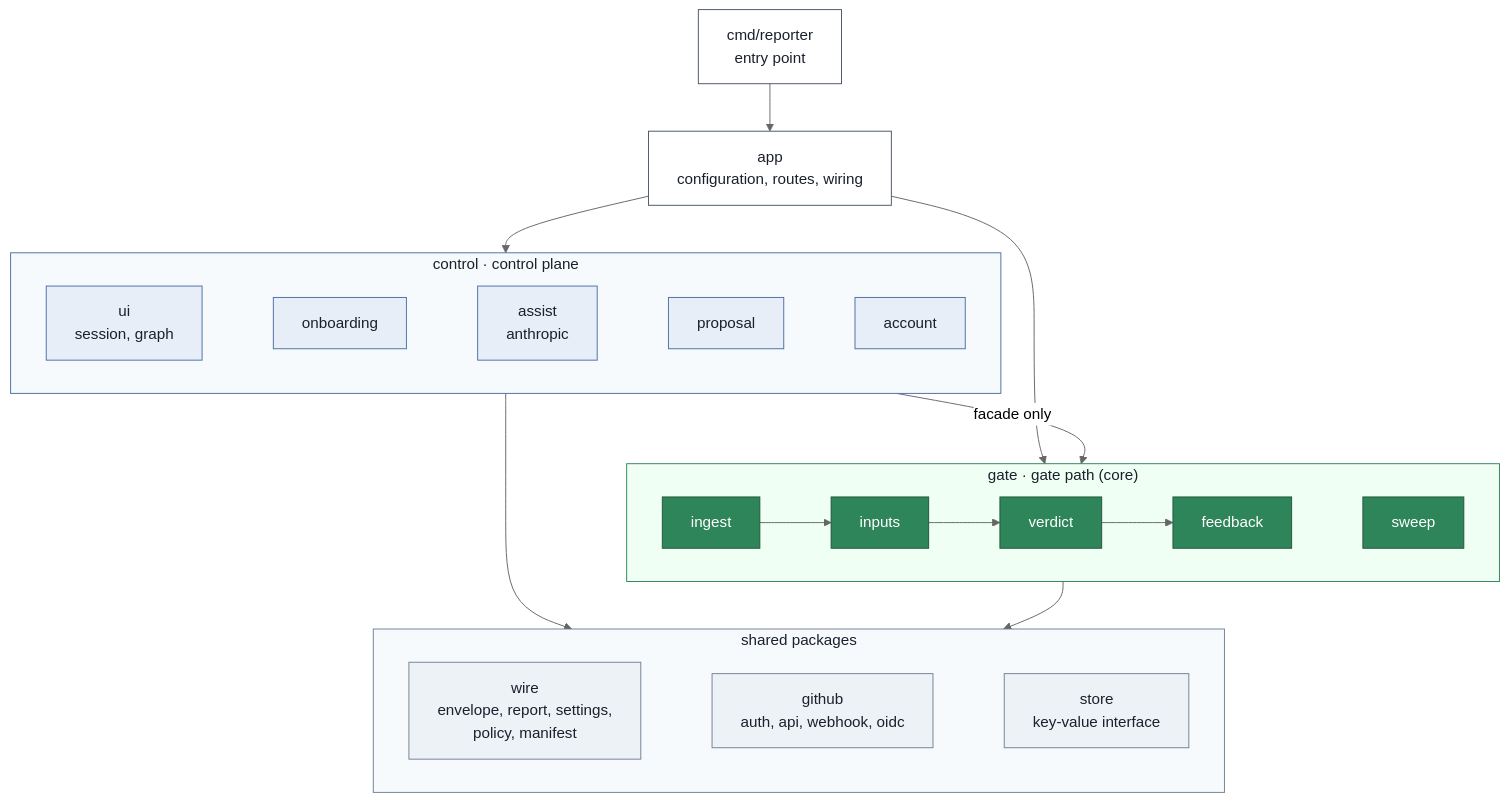
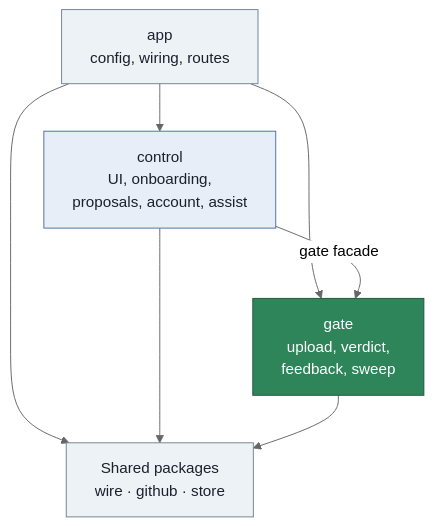
The second of 4 diagrams in docs/architecture.md (coupling-dev/archfit-app), drawn with Mermaid (neutral theme) before and after one commit. The commit also changed other lines of this file and 12 other files, not shown here.

````diff
--- a/docs/architecture.md
+++ b/docs/architecture.md
@@ -82,50 +81,22 @@
 ```mermaid
 flowchart TB
-    CMD["cmd/reporter<br/>entry point"]
-    APP["app<br/>configuration, routes, wiring"]
+    APP["app<br/>config, wiring, routes"]
+    CONTROL["control<br/>UI, onboarding,<br/>proposals, account, assist"]
+    GATE["gate<br/>upload, verdict,<br/>feedback, sweep"]
+    BASE["Shared packages<br/>wire · github · store"]
 
-    subgraph CONTROL["control · control plane"]
-        direction LR
-        UI["ui<br/>session, graph"]
-        ONB["onboarding"]
-        ASSIST["assist<br/>anthropic"]
-        PROP["proposal"]
-        ACC["account"]
-        UI ~~~ ONB ~~~ ASSIST ~~~ PROP ~~~ ACC
-    end
-
-    subgraph GATE["gate · gate path (core)"]
-        direction LR
-        ING["ingest"] --> INP["inputs"] --> VER["verdict"] --> FB["feedback"]
-        FB ~~~ SW["sweep"]
-    end
-
-    subgraph BASE["shared packages"]
-        direction LR
-        WIRE["wire<br/>envelope, report, settings,<br/>policy, manifest"]
-        GHUB["github<br/>auth, api, webhook, oidc"]
-        STORE["store<br/>key-value interface"]
-        WIRE ~~~ GHUB ~~~ STORE
-    end
-
-    CMD --> APP
     APP --> CONTROL
     APP --> GATE
-    CONTROL -- "facade only" --> GATE
+    APP --> BASE
+    CONTROL -->|"gate facade"| GATE
     CONTROL --> BASE
     GATE --> BASE
 
-    classDef entry fill:#ffffff,stroke:#4a5568,color:#1a202c
     classDef core fill:#2f855a,stroke:#22543d,color:#ffffff
-    classDef ctrl fill:#e8eef7,stroke:#4a6fa5,color:#1a202c
-    classDef base fill:#edf2f7,stroke:#718096,color:#1a202c
+    classDef control fill:#e8eef7,stroke:#4a6fa5,color:#1a202c
+    classDef neutral fill:#edf2f7,stroke:#718096,color:#1a202c
 
-    class CMD,APP entry
-    class ING,INP,VER,FB,SW core
-    class UI,ONB,ASSIST,PROP,ACC ctrl
-    class WIRE,GHUB,STORE base
-
-    style CONTROL fill:#f7fafc,stroke:#4a6fa5,color:#1a202c
-    style GATE fill:#f0fff4,stroke:#2f855a,color:#1a202c
-    style BASE fill:#f7fafc,stroke:#718096,color:#1a202c
+    class GATE core
+    class CONTROL control
+    class APP,BASE neutral
 ```
````
